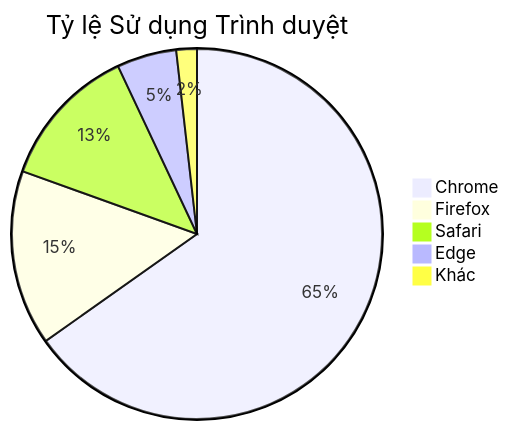
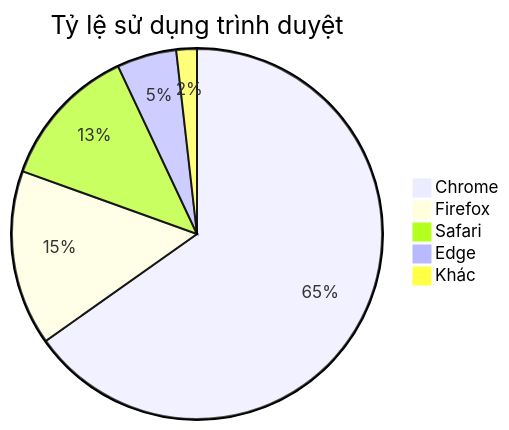
The sixth of 7 diagrams in .czon/src/vi-VN/8938d6aac9c056c06137a041b8e82379bfb619bb6d435b9ecec515337dd0cd69.md (zccz14/CZON), drawn with Mermaid before and after one commit. The commit also changed other lines of this file and 148 other files, not shown here.

````diff
--- a/.czon/src/vi-VN/8938d6aac9c056c06137a041b8e82379bfb619bb6d435b9ecec515337dd0cd69.md
+++ b/.czon/src/vi-VN/8938d6aac9c056c06137a041b8e82379bfb619bb6d435b9ecec515337dd0cd69.md
@@ -103,8 +102,8 @@
 ```mermaid
-pie title Tỷ lệ Sử dụng Trình duyệt
+pie title Tỷ lệ sử dụng trình duyệt
     "Chrome" : 65.2
     "Firefox" : 15.3
     "Safari" : 12.5
     "Edge" : 5.2
     "Khác" : 1.8
 ```
````
